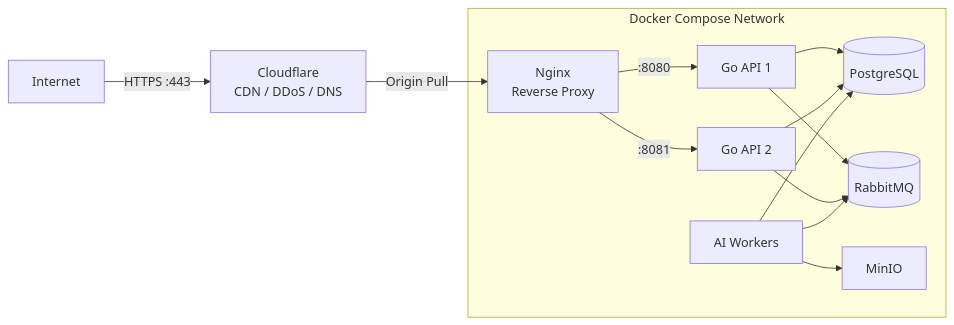
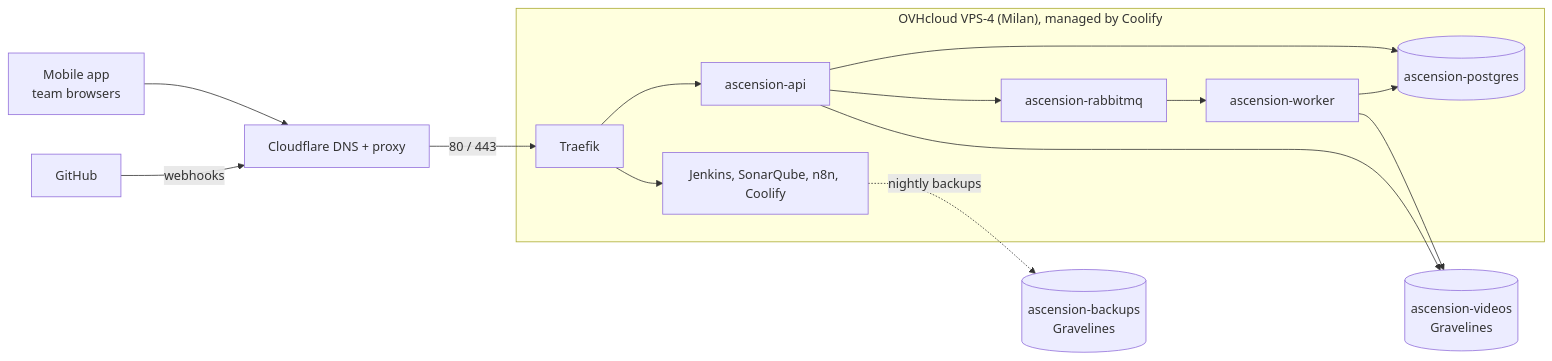
One commit to Ascension-EIP/Ascension changed the diagram in docs/Ascension/developer/architecture/deployment/production.md. Above: the diagram before and after it, drawn with Mermaid. The commit also changed other lines of this file, not shown here.

Commit message:
docs(infra): rewrite the production runbook for the vps and coolify

````diff
--- a/docs/Ascension/developer/architecture/deployment/production.md
+++ b/docs/Ascension/developer/architecture/deployment/production.md
@@ -155,18 +27,18 @@
 ```mermaid
-graph LR
-    Internet -->|HTTPS :443| Cloudflare[Cloudflare<br/>CDN / DDoS / DNS]
-    Cloudflare -->|Origin Pull| Nginx[Nginx<br/>Reverse Proxy]
-
-    subgraph "Docker Compose Network"
-        Nginx -->|:8080| API1[Go API 1]
-        Nginx -->|:8081| API2[Go API 2]
-        API1 --> DB[(PostgreSQL)]
-        API2 --> DB
-        API1 --> RMQ[(RabbitMQ)]
-        API2 --> RMQ
-        Workers[AI Workers] --> RMQ
-        Workers --> MinIO[MinIO]
-        Workers --> DB
+flowchart LR
+    Users[Mobile app<br/>team browsers] --> CF[Cloudflare DNS + proxy]
+    GH[GitHub] -->|webhooks| CF
+    CF -->|80 / 443| Traefik
+    subgraph VPS ["OVHcloud VPS-4 (Milan), managed by Coolify"]
+        Traefik[Traefik]
+        Traefik --> API[ascension-api]
+        Traefik --> Tools[Jenkins, SonarQube, n8n, Coolify]
+        API --> PG[(ascension-postgres)]
+        API --> MQ[ascension-rabbitmq]
+        MQ --> Worker[ascension-worker]
+        Worker --> PG
     end
-
+    API --> Videos[(ascension-videos<br/>Gravelines)]
+    Worker --> Videos
+    Tools -.->|nightly backups| Backups[(ascension-backups<br/>Gravelines)]
 ```
````
